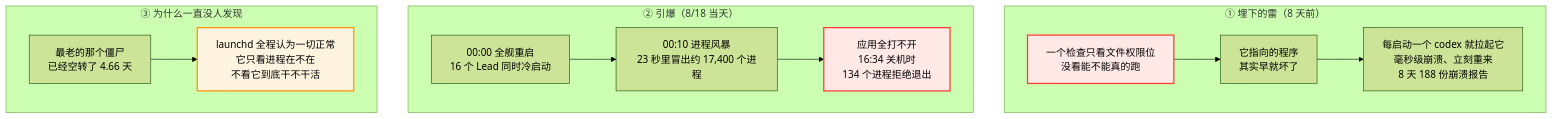
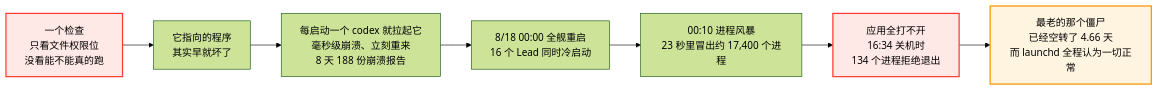
Before and after one commit to xrliAnnie/flywheel-qa-sandbox: the diagram in engineering/doc/FLY-1887-codex-timeout-log-audit/d1-incident.mmd, drawn with Mermaid (forest theme). The commit also changed 6 other files, not shown here.

First line of the commit message:
docs(FLY-1887): founder design HTML — 3 locally-rendered mermaid SVGs + per-section comment layer

```diff
--- a/engineering/doc/FLY-1887-codex-timeout-log-audit/d1-incident.mmd
+++ b/engineering/doc/FLY-1887-codex-timeout-log-audit/d1-incident.mmd
@@ -1,14 +1,11 @@
-flowchart TB
-    subgraph row1["① 埋下的雷（8 天前）"]
-        A["一个检查只看文件权限位<br/>没看能不能真的跑"] --> B["它指向的程序<br/>其实早就坏了"] --> C["每启动一个 codex 就拉起它<br/>毫秒级崩溃、立刻重来<br/>8 天 188 份崩溃报告"]
-    end
-    subgraph row2["② 引爆（8/18 当天）"]
-        D["00:00 全舰重启<br/>16 个 Lead 同时冷启动"] --> E["00:10 进程风暴<br/>23 秒里冒出约 17,400 个进程"] --> F["应用全打不开<br/>16:34 关机时<br/>134 个进程拒绝退出"]
-    end
-    subgraph row3["③ 为什么一直没人发现"]
-        G["最老的那个僵尸<br/>已经空转了 4.66 天"] --> H["launchd 全程认为一切正常<br/>它只看进程在不在<br/>不看它到底干不干活"]
-    end
+flowchart LR
+    A["一个检查<br/>只看文件权限位<br/>没看能不能真的跑"] --> B["它指向的程序<br/>其实早就坏了"]
+    B --> C["每启动一个 codex 就拉起它<br/>毫秒级崩溃、立刻重来<br/>8 天 188 份崩溃报告"]
+    C --> D["8/18 00:00 全舰重启<br/>16 个 Lead 同时冷启动"]
+    D --> E["00:10 进程风暴<br/>23 秒里冒出约 17,400 个进程"]
+    E --> F["应用全打不开<br/>16:34 关机时<br/>134 个进程拒绝退出"]
+    F --> G["最老的那个僵尸<br/>已经空转了 4.66 天<br/>而 launchd 全程认为一切正常"]
 
     style A fill:#ffe9e7,stroke:#ff3b30,stroke-width:2px
     style F fill:#ffe9e7,stroke:#ff3b30,stroke-width:2px
-    style H fill:#fff4e0,stroke:#ff9500,stroke-width:2px
+    style G fill:#fff4e0,stroke:#ff9500,stroke-width:2px
```
